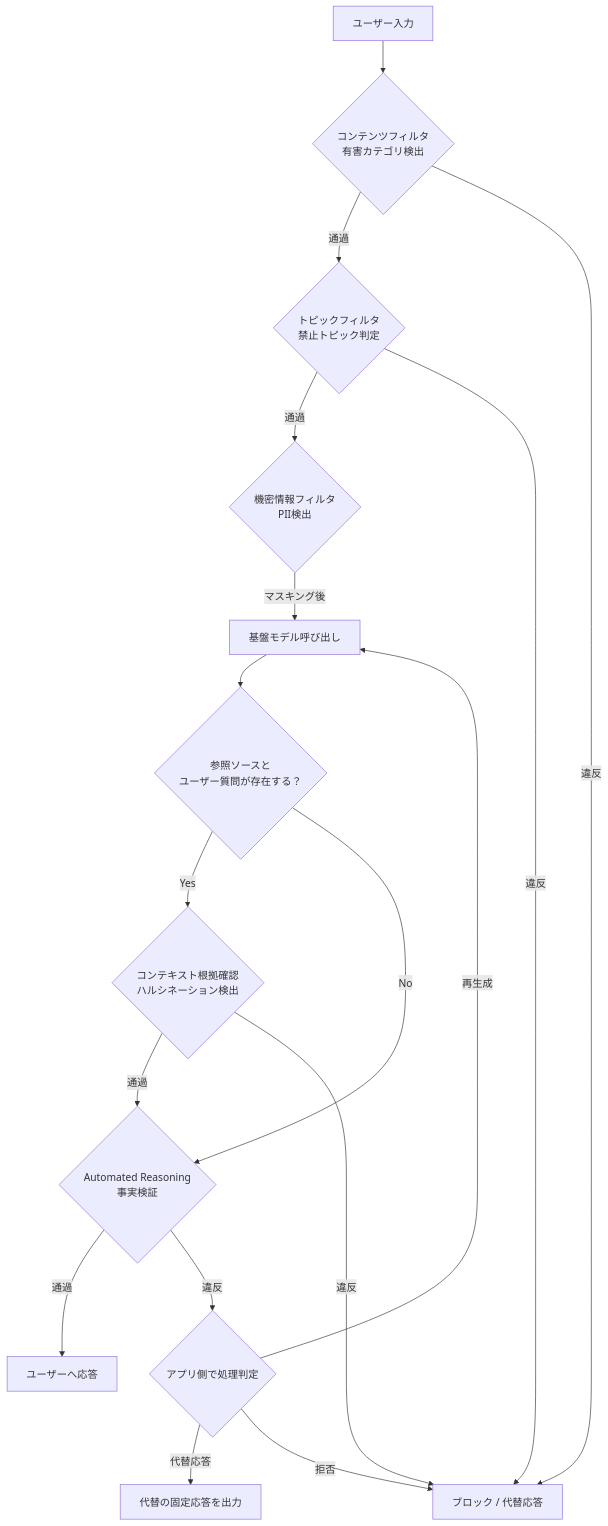
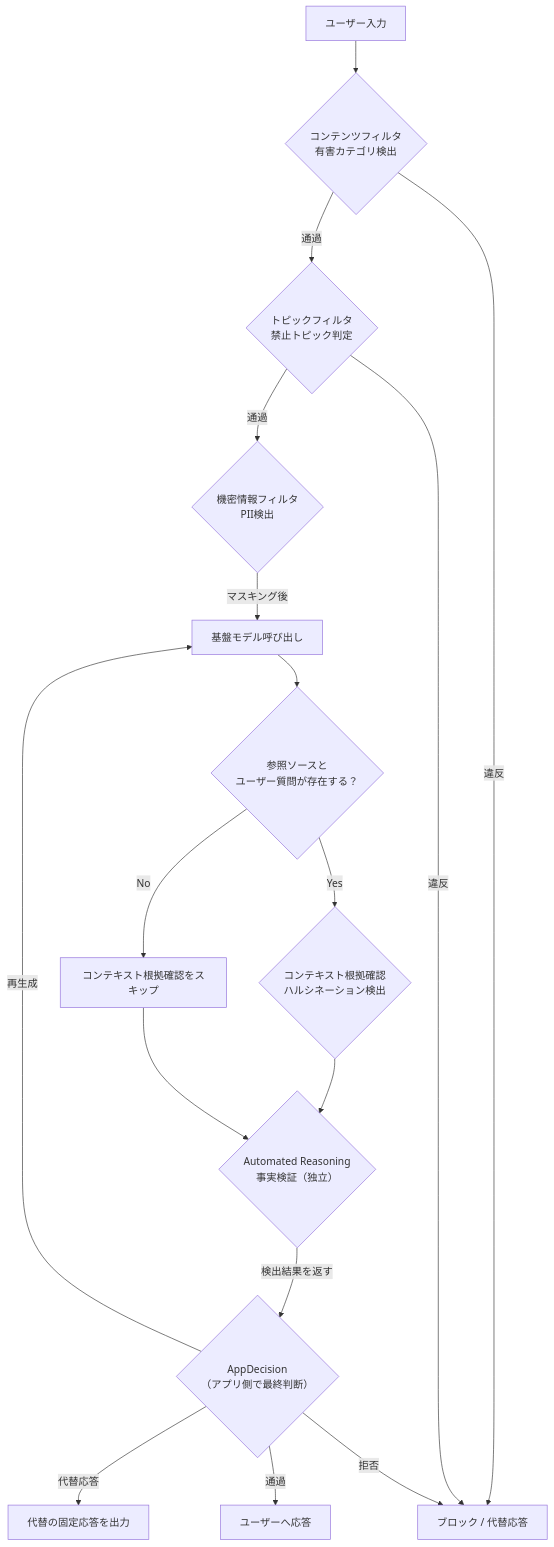
The third of 6 diagrams in Amazon-bedrock-best-practices-guide.md (myoshi2891/Comparison-of-LLMs), drawn with Mermaid before and after one commit. The commit also changed other lines of this file, not shown here.

Commit message:
docs(bedrock): decouple automated reasoning checks and route findings to AppDecision

````diff
--- a/Amazon-bedrock-best-practices-guide.md
+++ b/Amazon-bedrock-best-practices-guide.md
@@ -243,19 +243,19 @@
 ```mermaid
 flowchart TD
 In["ユーザー入力"] --> L1{"コンテンツフィルタ<br/>有害カテゴリ検出"}
 L1 -->|"通過"| L2{"トピックフィルタ<br/>禁止トピック判定"}
 L1 -->|"違反"| Blocked["ブロック / 代替応答"]
 L2 -->|"通過"| L3{"機密情報フィルタ<br/>PII検出"}
 L2 -->|"違反"| Blocked
 L3 -->|"マスキング後"| L4["基盤モデル呼び出し"]
 L4 --> HasContext{"参照ソースと<br/>ユーザー質問が存在する？"}
 HasContext -->|"Yes"| L5{"コンテキスト根拠確認<br/>ハルシネーション検出"}
-HasContext -->|"No"| L6{"Automated Reasoning<br/>事実検証"}
-L5 -->|"通過"| L6
-L5 -->|"違反"| Blocked
-L6 -->|"通過"| Out["ユーザーへ応答"]
-L6 -->|"違反"| AppDecision{"アプリ側で処理判定"}
+HasContext -->|"No"| L6["コンテキスト根拠確認をスキップ"]
+L5 --> L7{"Automated Reasoning<br/>事実検証（独立）"}
+L6 --> L7
+L7 -->|"検出結果を返す"| AppDecision{"AppDecision<br/>（アプリ側で最終判断）"}
 AppDecision -->|"再生成"| L4
 AppDecision -->|"代替応答"| AltOut["代替の固定応答を出力"]
 AppDecision -->|"拒否"| Blocked
+AppDecision -->|"通過"| Out["ユーザーへ応答"]
 ```
````
